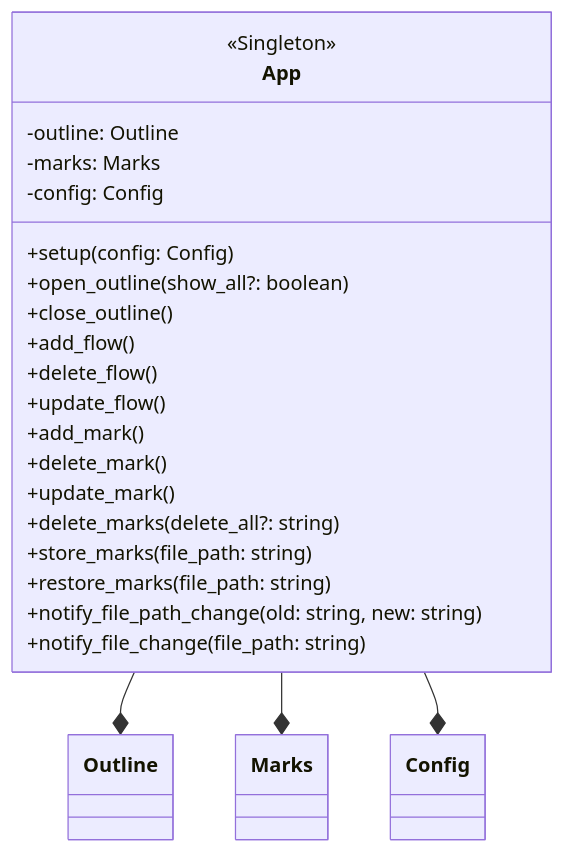
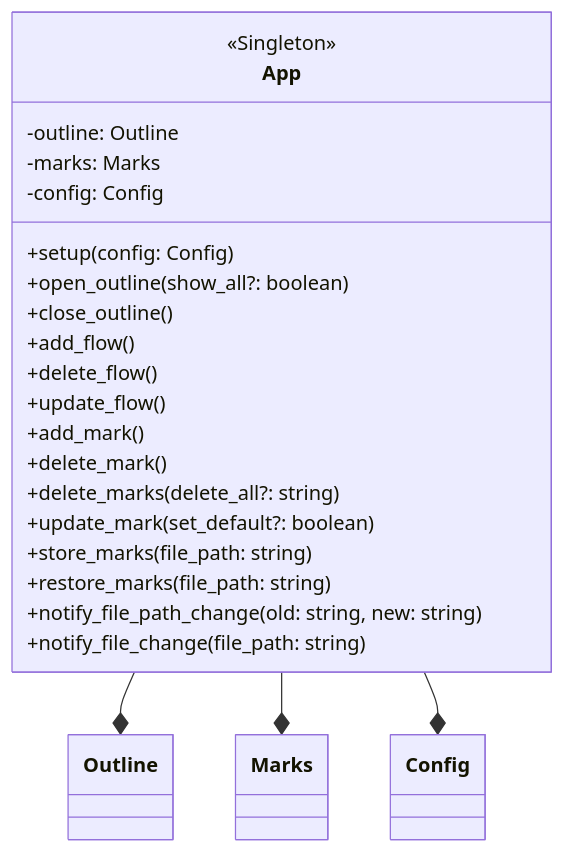
Before and after one commit to niuiic/track.nvim: the first of 17 diagrams in DESIGN.md, drawn with Mermaid. The commit also changed other lines of this file and 4 other files, not shown here.

````diff
--- a/DESIGN.md
+++ b/DESIGN.md
@@ -29,32 +29,32 @@
 ```mermaid
 classDiagram
     App --* Outline
     App --* Marks
     App --* Config
     class App {
         <<Singleton>>
 
         -outline: Outline
         -marks: Marks
         -config: Config
 
         %% config
         +setup(config: Config)
         %% outline
         +open_outline(show_all?: boolean)
         +close_outline()
         %% flow
         +add_flow()
         +delete_flow()
         +update_flow()
         %% mark
         +add_mark()
         +delete_mark()
-        +update_mark()
         +delete_marks(delete_all?: string)
+        +update_mark(set_default?: boolean)
         +store_marks(file_path: string)
         +restore_marks(file_path: string)
         +notify_file_path_change(old: string, new: string)
         +notify_file_change(file_path: string)
     }
 ```
````
